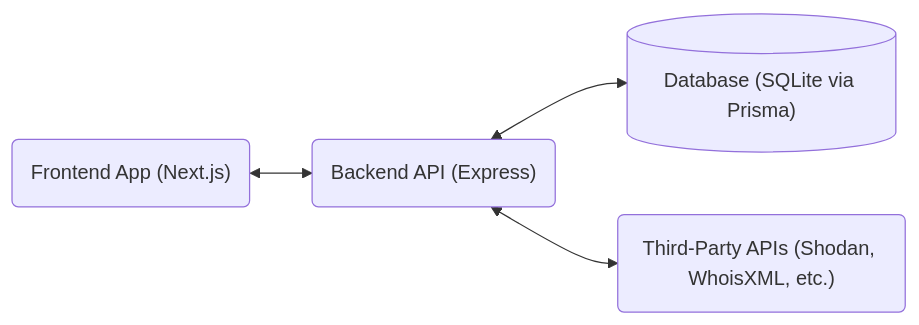
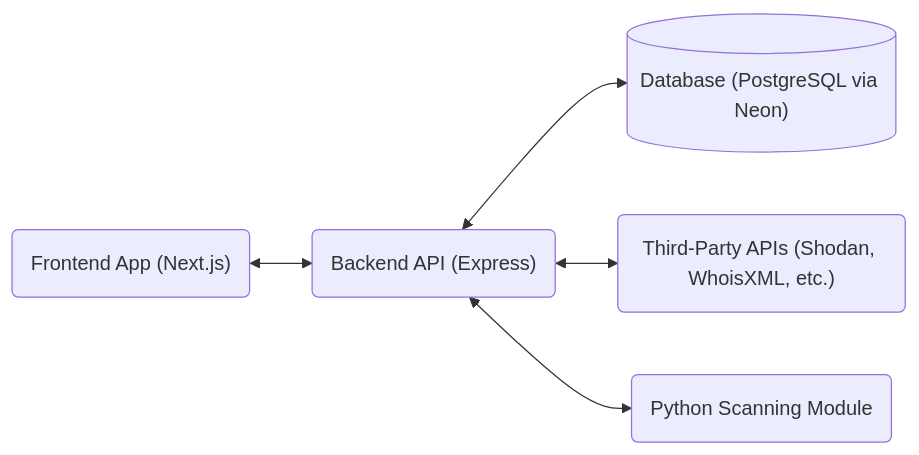
One commit to Ditokasiditz/FinalProject_CE68_G17_ASM_00 changed the diagram in PROJECT_ARCHITECTURE.md. Above: the diagram before and after it, drawn with Mermaid. The commit also changed other lines of this file, not shown here.

Commit message:
Uupdate PROJECT_ARCHITECTURE.md

````diff
--- a/PROJECT_ARCHITECTURE.md
+++ b/PROJECT_ARCHITECTURE.md
@@ -18,6 +20,7 @@
 ```mermaid
 flowchart LR
     Client("Frontend App (Next.js)") <--> API("Backend API (Express)")
-    API <--> DB[("Database (SQLite via Prisma)")]
+    API <--> DB[("Database (PostgreSQL via Neon)")]
     API <--> Shodan("Third-Party APIs (Shodan, WhoisXML, etc.)")
+    API <--> Python("Python Scanning Module")
 ```
````
